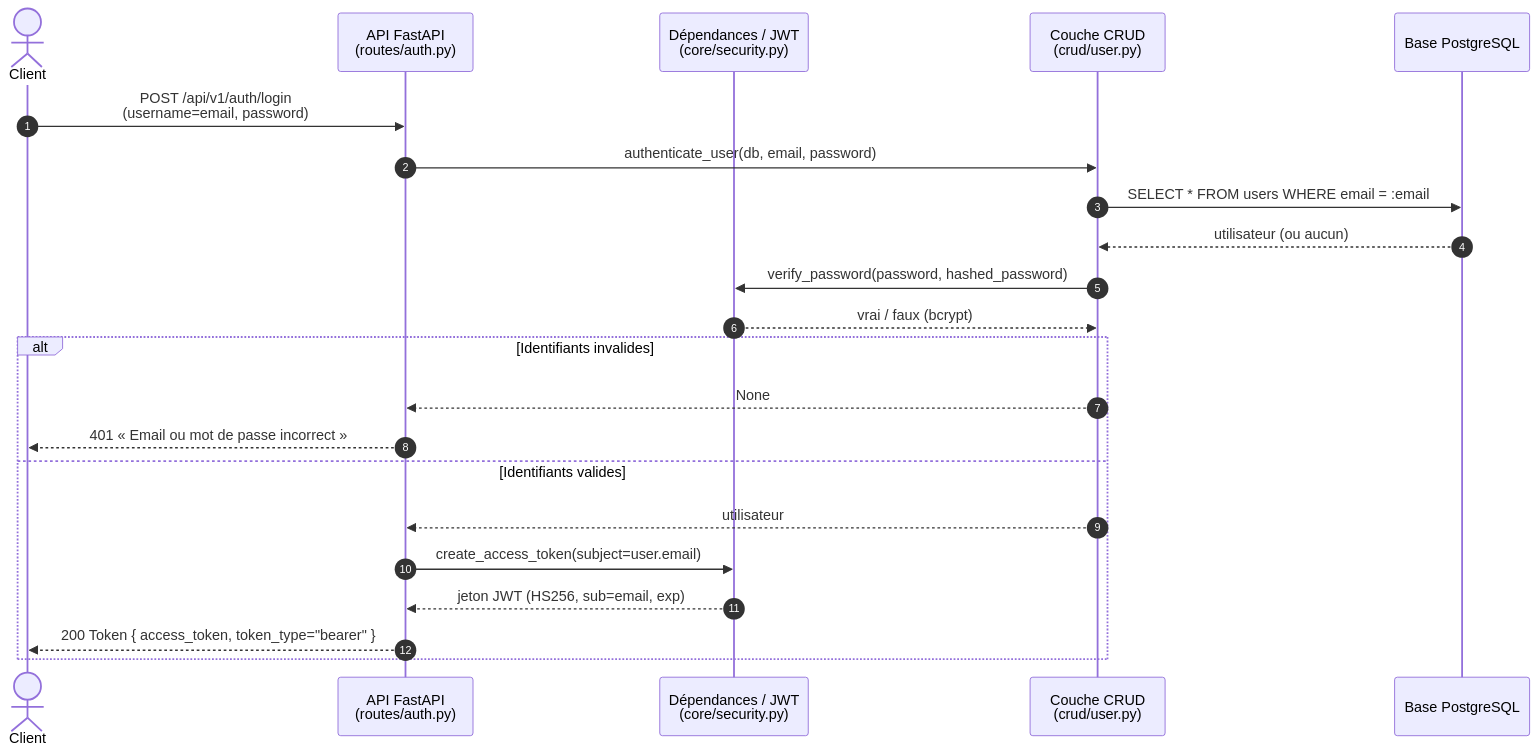
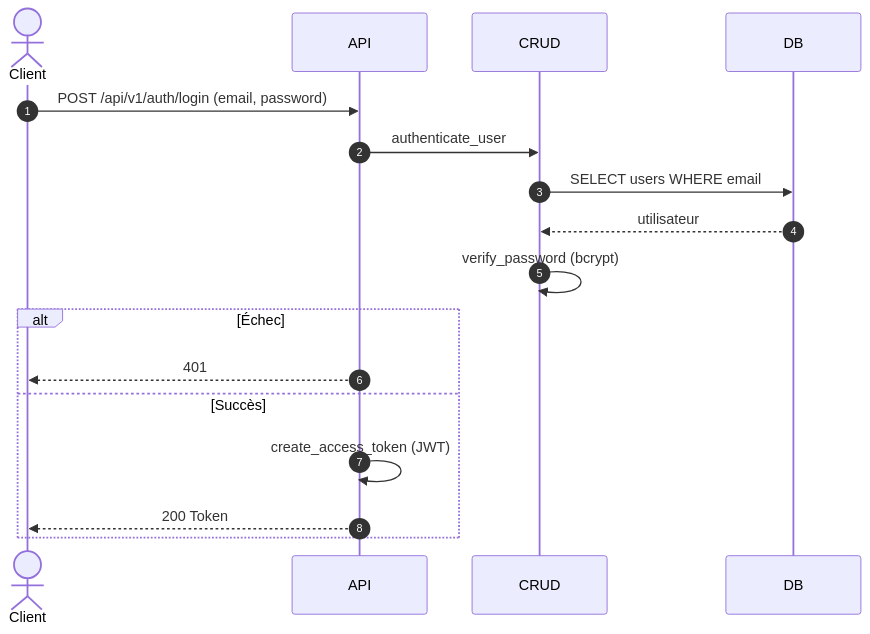
One commit to Ammar-El-Maghevry/pi-s4 changed the first of 10 diagrams in docs/diagrams/diagrammes_sequence.md. Above: the diagram before and after it, drawn with Mermaid. The commit also changed other lines of this file and 1 other file, not shown here.

Commit message:
Simplify sequence diagrams + add Arabic description

````diff
--- a/docs/diagrams/diagrammes_sequence.md
+++ b/docs/diagrams/diagrammes_sequence.md
@@ -14,26 +3,21 @@
 ```mermaid
 sequenceDiagram
     autonumber
     actor Client
-    participant API as API FastAPI<br/>(routes/auth.py)
-    participant JWT as Dépendances / JWT<br/>(core/security.py)
-    participant CRUD as Couche CRUD<br/>(crud/user.py)
-    participant DB as Base PostgreSQL
+    participant API as API
+    participant CRUD as CRUD
+    participant DB as DB
 
-    Client->>API: POST /api/v1/auth/login<br/>(username=email, password)
-    API->>CRUD: authenticate_user(db, email, password)
-    CRUD->>DB: SELECT * FROM users WHERE email = :email
-    DB-->>CRUD: utilisateur (ou aucun)
-    CRUD->>JWT: verify_password(password, hashed_password)
-    JWT-->>CRUD: vrai / faux (bcrypt)
+    Client->>API: POST /api/v1/auth/login (email, password)
+    API->>CRUD: authenticate_user
+    CRUD->>DB: SELECT users WHERE email
+    DB-->>CRUD: utilisateur
+    CRUD->>CRUD: verify_password (bcrypt)
 
-    alt Identifiants invalides
-        CRUD-->>API: None
-        API-->>Client: 401 « Email ou mot de passe incorrect »
-    else Identifiants valides
-        CRUD-->>API: utilisateur
-        API->>JWT: create_access_token(subject=user.email)
-        JWT-->>API: jeton JWT (HS256, sub=email, exp)
-        API-->>Client: 200 Token { access_token, token_type="bearer" }
+    alt Échec
+        API-->>Client: 401
+    else Succès
+        API->>API: create_access_token (JWT)
+        API-->>Client: 200 Token
     end
 ```
````
